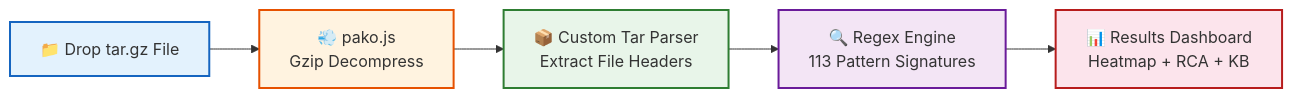
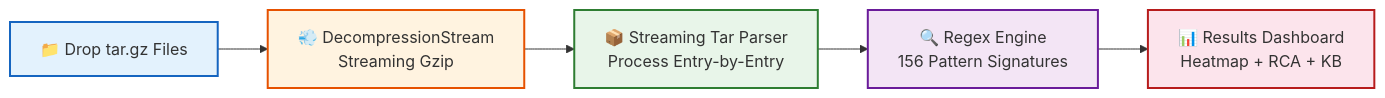
The first of 8 diagrams in README.md (yadakrishna245/Log_analysis), drawn with Mermaid before and after one commit. The commit also changed other lines of this file and 4 other files, not shown here.

Commit message:
feat: Streaming engine (3GB+), multi-file scan, updated README + scripts to v2.0

````diff
--- a/README.md
+++ b/README.md
@@ -77,13 +80,13 @@
 ```mermaid
 flowchart LR
-    A[📁 Drop tar.gz File] --> B[💨 pako.js<br/>Gzip Decompress]
-    B --> C[📦 Custom Tar Parser<br/>Extract File Headers]
-    C --> D[🔍 Regex Engine<br/>113 Pattern Signatures]
+    A[📁 Drop tar.gz Files] --> B[💨 DecompressionStream<br/>Streaming Gzip]
+    B --> C[📦 Streaming Tar Parser<br/>Process Entry-by-Entry]
+    C --> D[🔍 Regex Engine<br/>156 Pattern Signatures]
     D --> E[📊 Results Dashboard<br/>Heatmap + RCA + KB]
 
     style A fill:#e3f2fd,stroke:#1565c0,stroke-width:2px
     style B fill:#fff3e0,stroke:#e65100,stroke-width:2px
     style C fill:#e8f5e9,stroke:#2e7d32,stroke-width:2px
     style D fill:#f3e5f5,stroke:#6a1b9a,stroke-width:2px
     style E fill:#fce4ec,stroke:#b71c1c,stroke-width:2px
 ```
````
